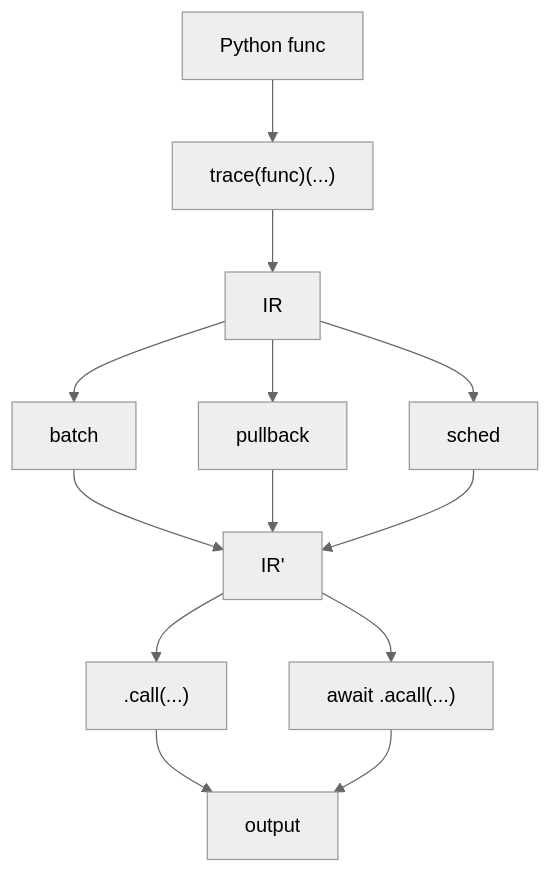
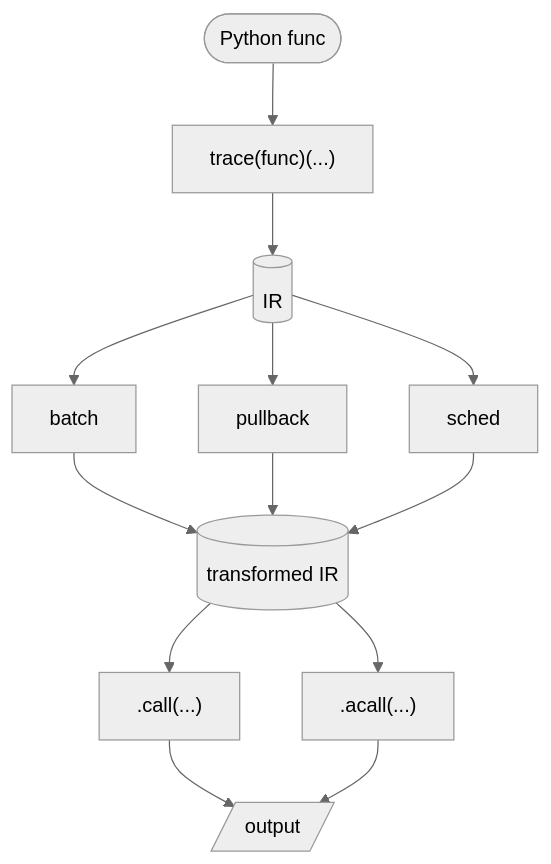
One commit to ASEM000/autoform changed the diagram in docs/concepts/trace-ir-execute.md. Above: the diagram before and after it, drawn with Mermaid (neutral theme). The commit also changed 4 other files, not shown here.

Commit message:
docs: improve mermaid

````diff
--- a/docs/concepts/trace-ir-execute.md
+++ b/docs/concepts/trace-ir-execute.md
@@ -116,15 +116,15 @@
 ```{mermaid}
 flowchart TD
-    F["Python func"] --> T["trace(func)(...)"]
-    T --> IR["IR"]
+    F([Python func]) --> T["trace(func)(...)"]
+    T --> IR[(IR)]
     IR --> B["batch"]
     IR --> P["pullback"]
     IR --> S["sched"]
-    B --> IR2["IR'"]
+    B --> IR2[(transformed IR)]
     P --> IR2
     S --> IR2
     IR2 --> C[".call(...)"]
-    IR2 --> A["await .acall(...)"]
-    C --> O["output"]
+    IR2 --> A[".acall(...)"]
+    C --> O[/output/]
     A --> O
 ```
````
